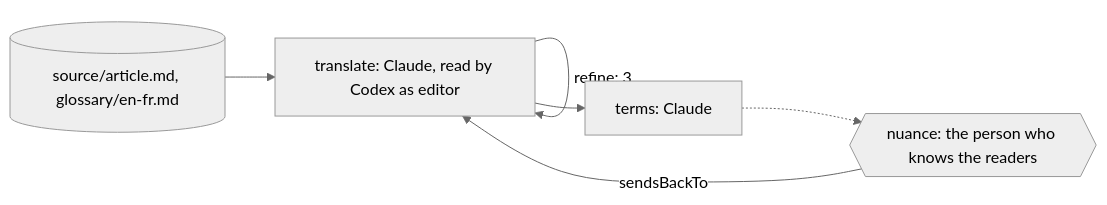
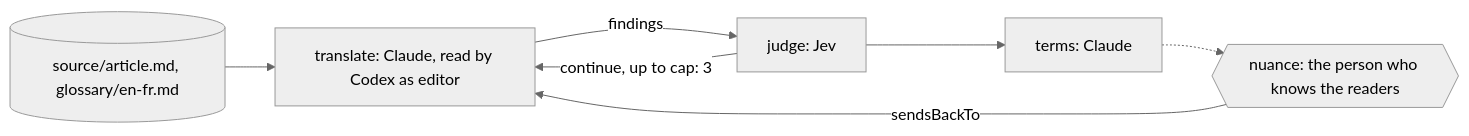
The diagram in docs/public/workflows/translate-reflect.mdx (jonny981/obversa), drawn with Mermaid (neutral theme) before and after one commit. The commit also changed other lines of this file and 147 other files, not shown here.

````diff
--- a/docs/public/workflows/translate-reflect.mdx
+++ b/docs/public/workflows/translate-reflect.mdx
@@ -271,8 +337,9 @@
 ```mermaid
 flowchart LR
   source[("source/article.md, glossary/en-fr.md")] --> translate["translate: Claude, read by Codex as editor"]
-  translate -->|"refine: 3"| translate
-  translate --> terms["terms: Claude"]
+  translate -->|findings| judge["judge: Jev"]
+  judge -->|"continue, up to cap: 3"| translate
+  judge --> terms["terms: Claude"]
   terms -.-> nuance{{"nuance: the person who knows the readers"}}
   nuance -->|sendsBackTo| translate
 ```
````
